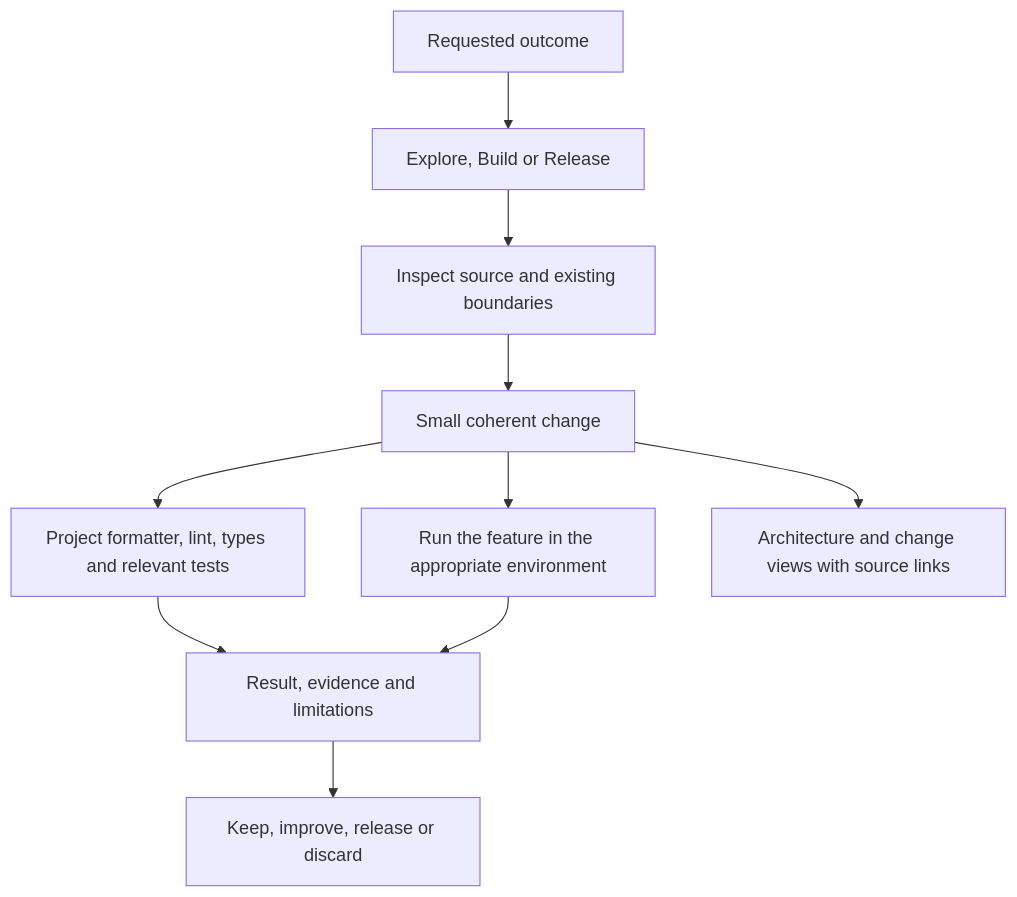
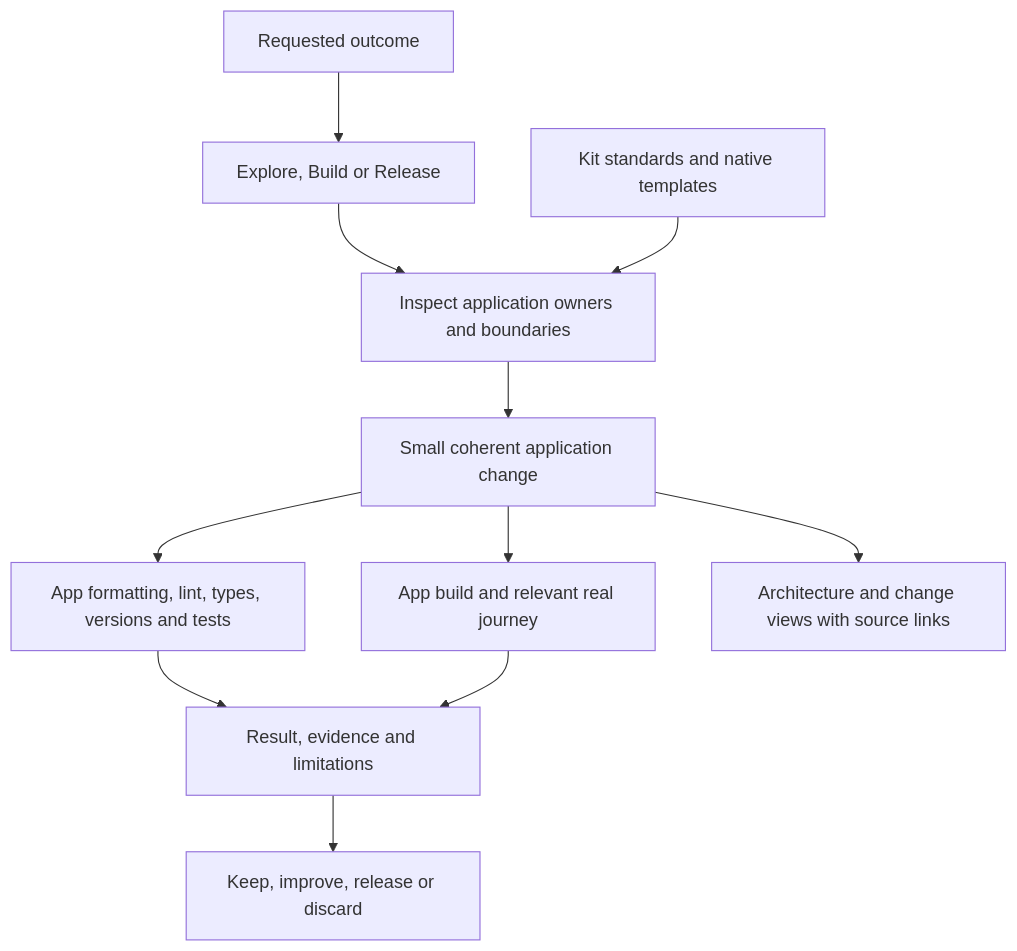
Before and after one commit to yxyfer/harness-engineering-base: the diagram in docs/ARCHITECTURE.md, drawn with Mermaid. The commit also changed other lines of this file and 28 other files, not shown here.

Commit message:
docs(harness): clarify kit boundaries and application adoption

````diff
--- a/docs/ARCHITECTURE.md
+++ b/docs/ARCHITECTURE.md
@@ -21,12 +43,13 @@
 ```mermaid
 flowchart TD
   Request[Requested outcome] --> Mode[Explore, Build or Release]
-  Mode --> Inspect[Inspect source and existing boundaries]
-  Inspect --> Change[Small coherent change]
-  Change --> Native[Project formatter, lint, types and relevant tests]
-  Change --> Journey[Run the feature in the appropriate environment]
+  Mode --> Inspect[Inspect application owners and boundaries]
+  Kit[Kit standards and native templates] --> Inspect
+  Inspect --> Change[Small coherent application change]
+  Change --> Native[App formatting, lint, types, versions and tests]
+  Change --> Journey[App build and relevant real journey]
   Native --> Evidence[Result, evidence and limitations]
   Journey --> Evidence
   Change --> Views[Architecture and change views with source links]
   Evidence --> Decision[Keep, improve, release or discard]
 ```
````
